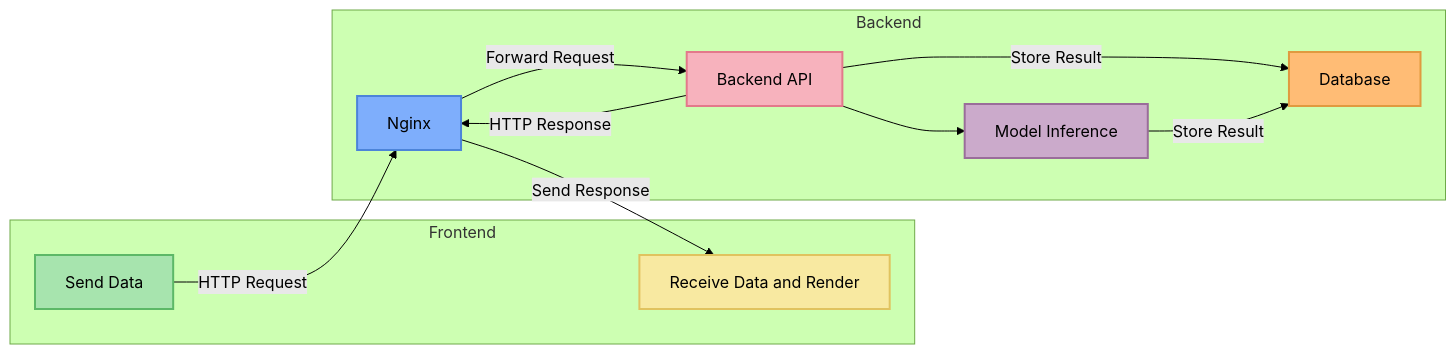
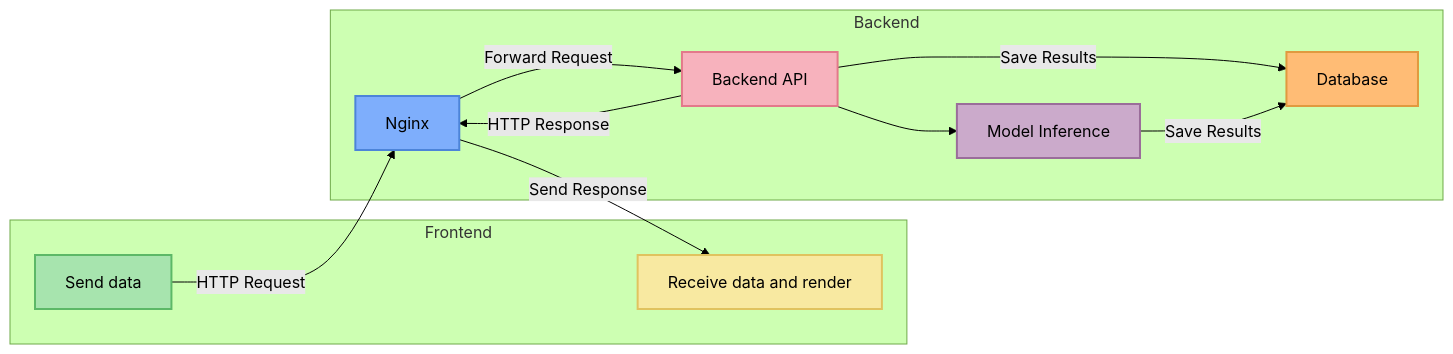
Before and after one commit to DocsaidLab/website: the first of 6 diagrams in i18n/en/docusaurus-plugin-content-blog/2025/03-16-builds-dashboard-system/index.md, drawn with Mermaid (forest theme). The commit also changed other lines of this file and 2 other files, not shown here.

````diff
--- a/i18n/en/docusaurus-plugin-content-blog/2025/03-16-builds-dashboard-system/index.md
+++ b/i18n/en/docusaurus-plugin-content-blog/2025/03-16-builds-dashboard-system/index.md
@@ -64,29 +86,29 @@
 ```mermaid
 graph LR
     subgraph Frontend
-        Input[Send Data]
-        Render[Receive Data and Render]
+        Input[Send data]
+        Render[Receive data and render]
     end
 
     subgraph Backend
         Nginx[Nginx]
         FastAPI[Backend API]
         SQL[Database]
         Model[Model Inference]
     end
 
     Input -->|HTTP Request| Nginx
     Nginx -->|Forward Request| FastAPI
-    FastAPI --> |Store Result| SQL
+    FastAPI --> |Save Results| SQL
     FastAPI --> Model
-    Model -->|Store Result| SQL
+    Model -->|Save Results| SQL
     FastAPI -->|HTTP Response| Nginx
     Nginx -->|Send Response| Render
 
     style Input fill:#a7e4ae,stroke:#5cb867,stroke-width:2px
     style Render fill:#f8e9a1,stroke:#e0c35f,stroke-width:2px
     style Nginx fill:#7eaefc,stroke:#4c84d9,stroke-width:2px
     style FastAPI fill:#f7b2bd,stroke:#e3798b,stroke-width:2px
     style SQL fill:#ffbc75,stroke:#e09a3f,stroke-width:2px
     style Model fill:#cbaacb,stroke:#9a6d9a,stroke-width:2px
 ```
````
